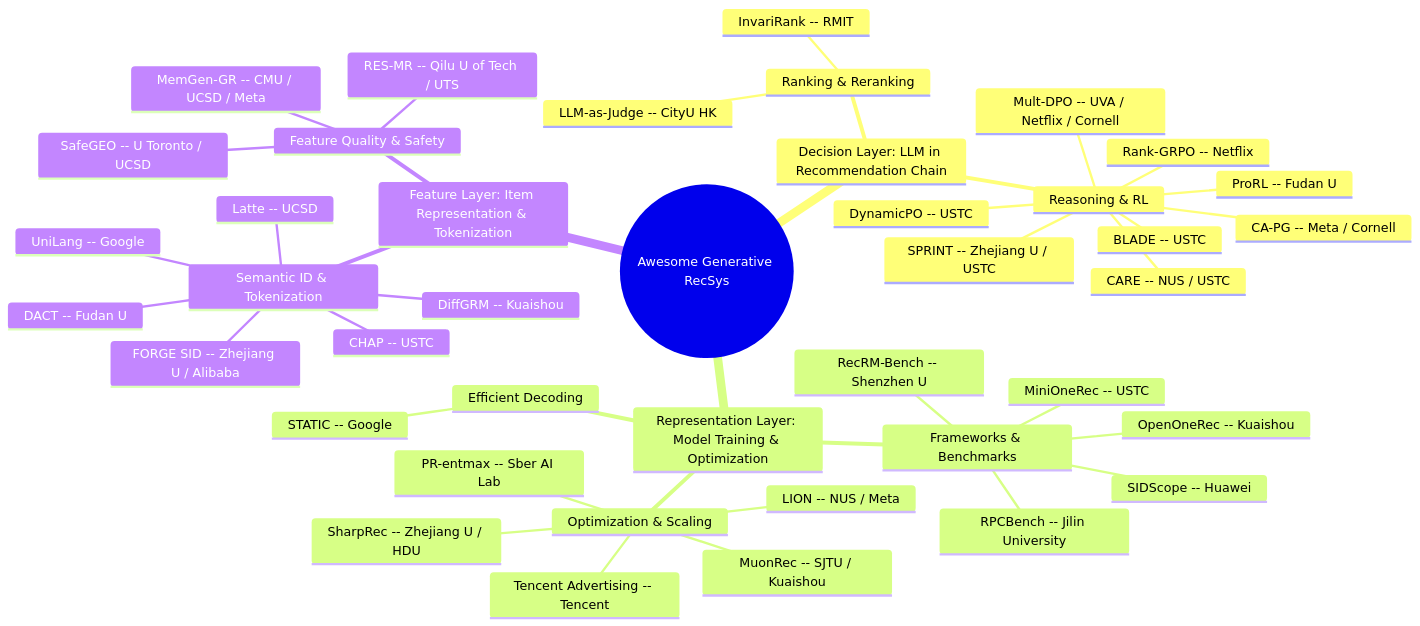
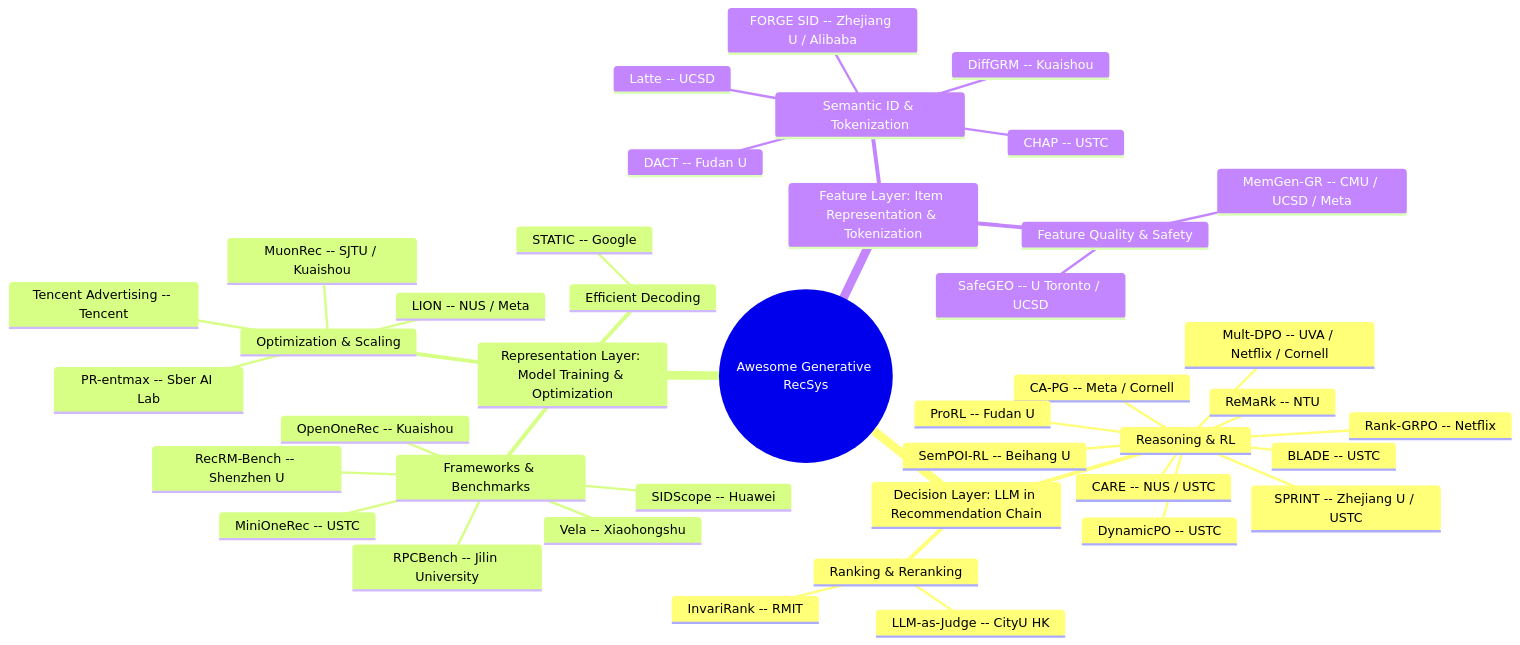
The diagram in README.md (HaFred/awesome-generative-recsys), drawn with Mermaid before and after one commit. The commit also changed other lines of this file and 3 other files, not shown here.

First line of the commit message:
Add Oct 18 gen-rec papers (ReMaRk, SemPOI-RL, Vela, RoleMix, Snap DPA) and archive Oct 07

````diff
--- a/README.md
+++ b/README.md
@@ -30,44 +30,44 @@
 ```mermaid
 mindmap
   root((Awesome Generative RecSys))
     Decision Layer: LLM in Recommendation Chain
       Reasoning & RL
         Rank-GRPO -- Netflix
         DynamicPO -- USTC
         BLADE -- USTC
         SPRINT -- Zhejiang U / USTC
         CARE -- NUS / USTC
         Mult-DPO -- UVA / Netflix / Cornell
         CA-PG -- Meta / Cornell
         ProRL -- Fudan U
+        ReMaRk -- NTU
+        SemPOI-RL -- Beihang U
       Ranking & Reranking
         InvariRank -- RMIT
         LLM-as-Judge -- CityU HK
     Representation Layer: Model Training & Optimization
       Frameworks & Benchmarks
         MiniOneRec -- USTC
         OpenOneRec -- Kuaishou
         RecRM-Bench -- Shenzhen U
         SIDScope -- Huawei
         RPCBench -- Jilin University
+        Vela -- Xiaohongshu
       Efficient Decoding
         STATIC -- Google
       Optimization & Scaling
         MuonRec -- SJTU / Kuaishou
         Tencent Advertising -- Tencent
         LION -- NUS / Meta
         PR-entmax -- Sber AI Lab
-        SharpRec -- Zhejiang U / HDU
     Feature Layer: Item Representation & Tokenization
       Semantic ID & Tokenization
         Latte -- UCSD
         FORGE SID -- Zhejiang U / Alibaba
         DACT -- Fudan U
         CHAP -- USTC
         DiffGRM -- Kuaishou
-        UniLang -- Google
       Feature Quality & Safety
         SafeGEO -- U Toronto / UCSD
         MemGen-GR -- CMU / UCSD / Meta
-        RES-MR -- Qilu U of Tech / UTS
 ```
````
